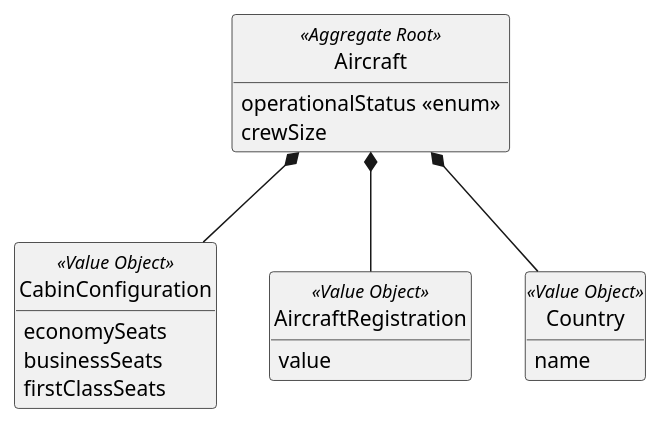
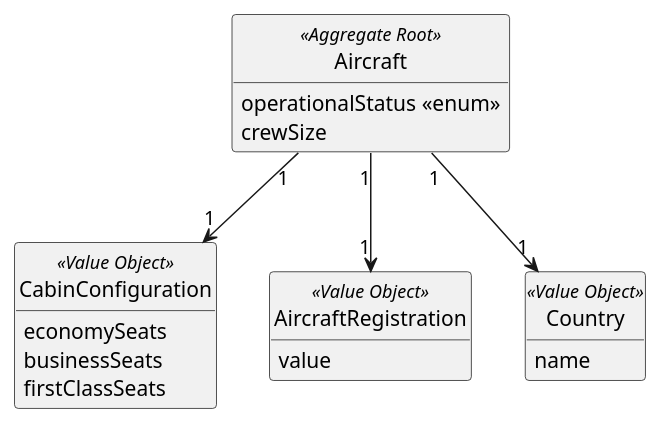
Before and after one commit to GustavoFerreira24/flight-management-platform: the diagram in docs/global-artifacts/02.analysis/puml/Aggregates/AircraftAggregate.puml, drawn with PlantUML. The commit also changed 6 other files, not shown here.

```diff
--- a/docs/global-artifacts/02.analysis/puml/Aggregates/AircraftAggregate.puml
+++ b/docs/global-artifacts/02.analysis/puml/Aggregates/AircraftAggregate.puml
@@ -1,33 +1,34 @@
 @startuml
 skinparam monochrome true
 skinparam packageStyle rectangle
 skinparam shadowing false
 skinparam classAttributeIconSize 0
 hide circle
 hide methods
 
 class Aircraft <<Aggregate Root>> {
-    operationalStatus <<enum>>
-    crewSize
-}
+        operationalStatus <<enum>>
+        crewSize
+    }
 
-class CabinConfiguration <<Value Object>> {
-    economySeats
-    businessSeats
-    firstClassSeats
-}
+    class CabinConfiguration <<Value Object>> {
+        economySeats
+        businessSeats
+        firstClassSeats
+    }
 
-class AircraftRegistration <<Value Object>> {
-    value
-}
+    class AircraftRegistration <<Value Object>> {
+        value
+    }
 
-class Country <<Value Object>> {
-   name
-}
+    class Country <<Value Object>> {
+       name
+    }
 
-' Todas as relações de Value Objects convertidas para composição
-Aircraft *-- Country
-Aircraft *-- CabinConfiguration
-Aircraft *-- AircraftRegistration
+    Aircraft "1" --> "1" Country
+    Aircraft "1" --> "1" CabinConfiguration
+    Aircraft "1" --> "1" AircraftRegistration
+
+
 
 @enduml
```
